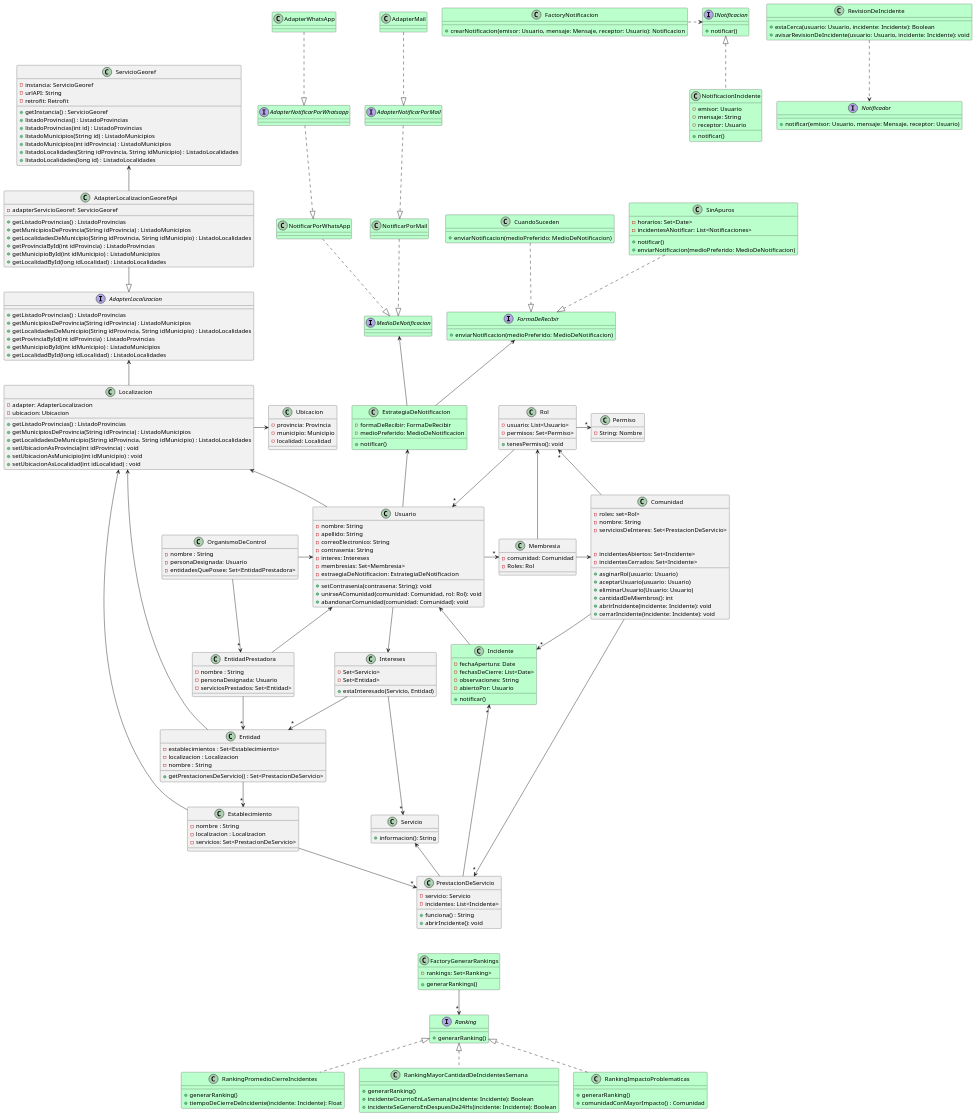
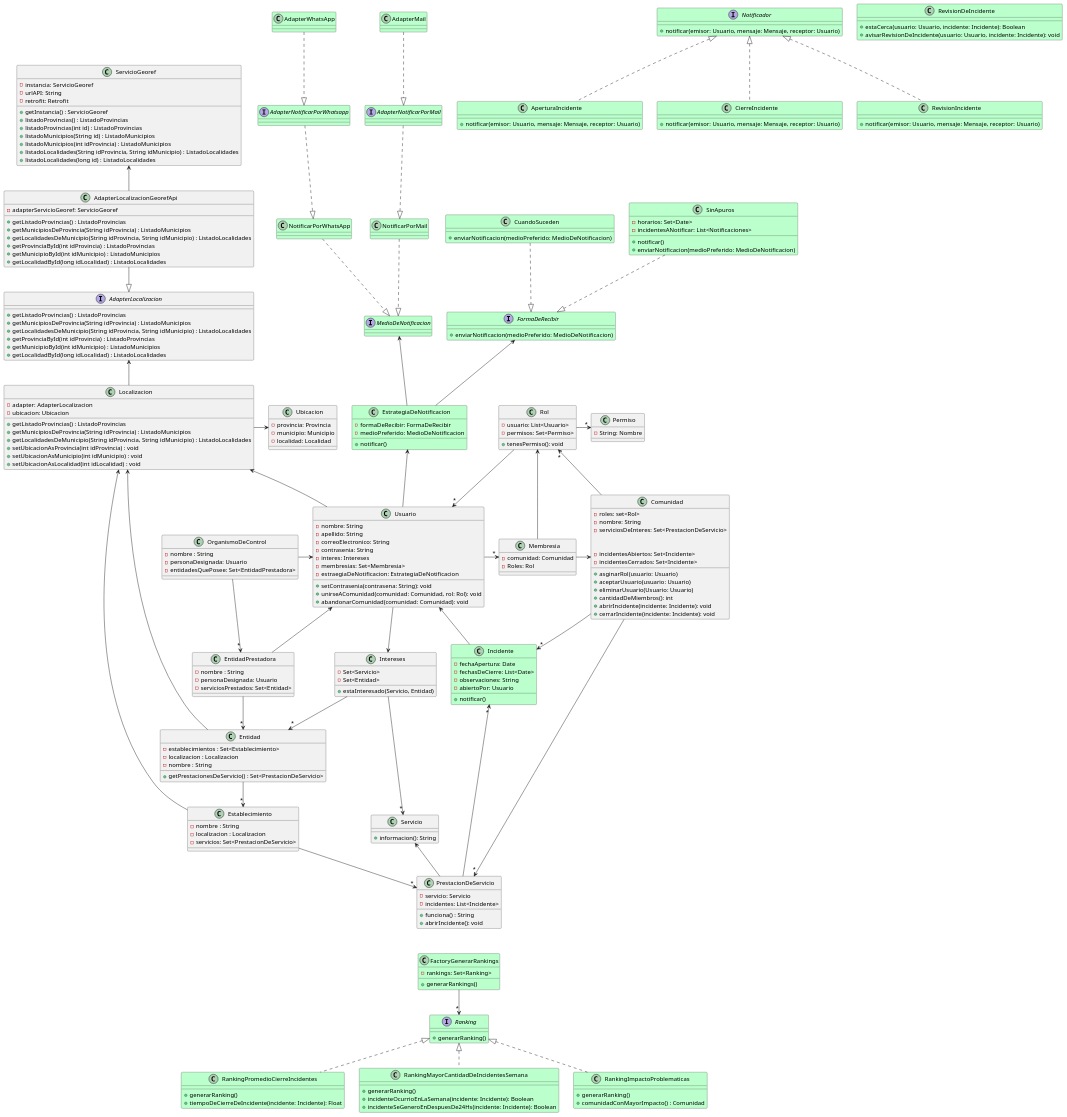
Before and after one commit to AndyTrias/comunidades-apoyo-movilidad-reducida-: the diagram in Entregables/DiagramaDeClases.wsd, drawn with PlantUML. The commit also changed 23 other files, not shown here.

```diff
--- a/Entregables/DiagramaDeClases.wsd
+++ b/Entregables/DiagramaDeClases.wsd
@@ -285,21 +285,23 @@
     + notificar(emisor: Usuario, mensaje: Mensaje, receptor: Usuario)
 }
 
-Class FactoryNotificacion #bbffcc{
-    + crearNotificacion(emisor: Usuario, mensaje: Mensaje, receptor: Usuario): Notificacion
+Class AperturaIncidente #bbffcc{
+    + notificar(emisor: Usuario, mensaje: Mensaje, receptor: Usuario)
 }
 
-Interface INotificacion #bbffcc{
-    + notificar()
+Class CierreIncidente #bbffcc{
+    + notificar(emisor: Usuario, mensaje: Mensaje, receptor: Usuario)
 }
 
-Class NotificacionIncidente #bbffcc{
-    - emisor: Usuario
-    - mensaje: String
-    - receptor: Usuario
+Class RevisionIncidente #bbffcc{
+    + notificar(emisor: Usuario, mensaje: Mensaje, receptor: Usuario)
+}
 
-    + notificar()
-}
+Notificador <|.. AperturaIncidente
+Notificador <|.. CierreIncidente
+Notificador <|.. RevisionIncidente
+
+
 
 EstrategiaDeNotificacion <-- Usuario
 
@@ -320,17 +322,12 @@
 AdapterNotificarPorMail ..|> NotificarPorMail
 NotificarPorMail ..|> MedioDeNotificacion
 
-FactoryNotificacion .> INotificacion
-INotificacion <|.. NotificacionIncidente
-
 /' SUGERENCIA REVISION DE INCIDENTE '/
 
 Class RevisionDeIncidente #bbffcc{
     + estaCerca(usuario: Usuario, incidente: Incidente): Boolean
     + avisarRevisionDeIncidente(usuario: Usuario, incidente: Incidente): void
 }
-
-RevisionDeIncidente ..> Notificador
 
 
 /' RANKINGS '/
```
